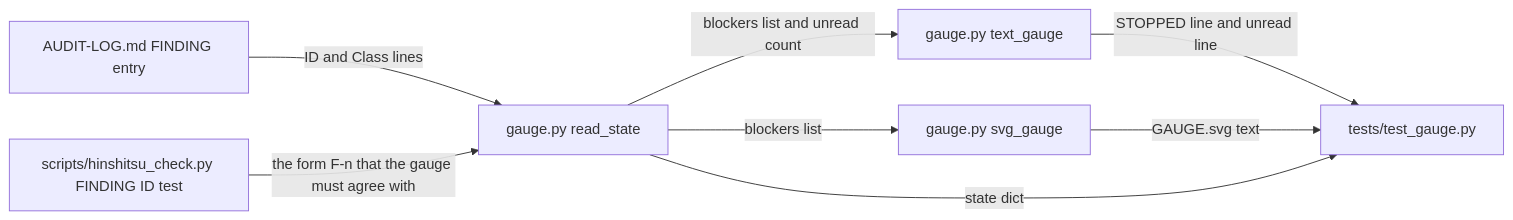
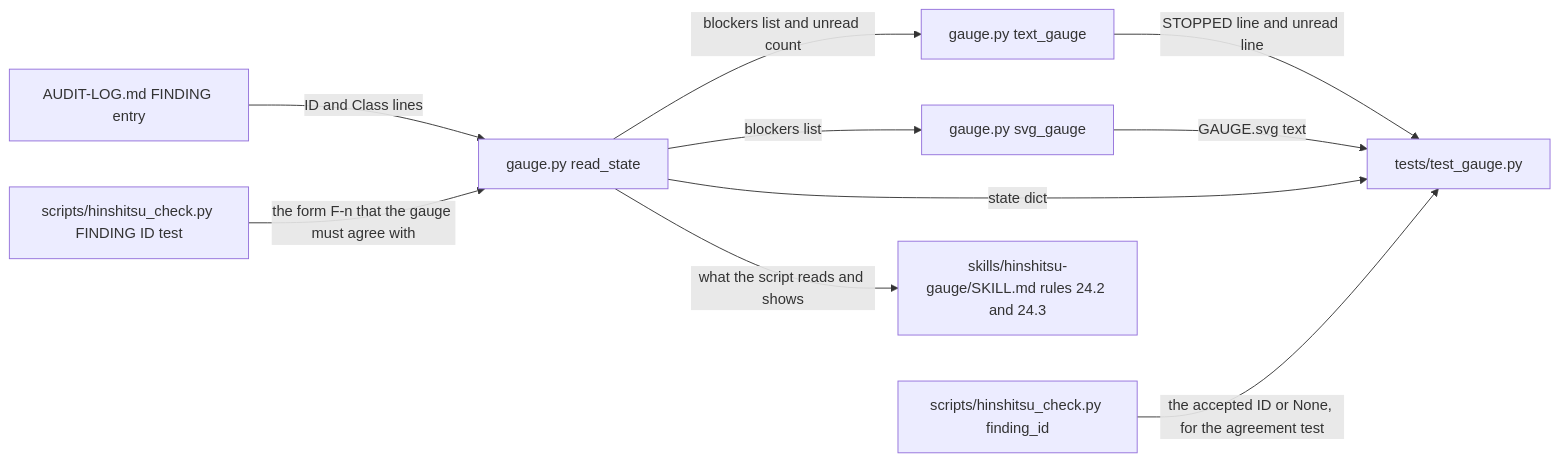
Before and after one commit to CatCorner22/devin: the diagram in runs/3.0.0-finding-id/CONNECTIONS.md, drawn with Mermaid. The commit also changed other lines of this file and 13 other files, not shown here.

````diff
--- a/runs/3.0.0-finding-id/CONNECTIONS.md
+++ b/runs/3.0.0-finding-id/CONNECTIONS.md
@@ -7,10 +7,12 @@
 ```mermaid
 graph LR
   LOG["AUDIT-LOG.md FINDING entry"] -->|ID and Class lines| RS["gauge.py read_state"]
   CHK["scripts/hinshitsu_check.py FINDING ID test"] -->|the form F-n that the gauge must agree with| RS
   RS -->|blockers list and unread count| TG["gauge.py text_gauge"]
   RS -->|blockers list| SG["gauge.py svg_gauge"]
   TG -->|STOPPED line and unread line| T["tests/test_gauge.py"]
   SG -->|GAUGE.svg text| T
   RS -->|state dict| T
+  FID["scripts/hinshitsu_check.py finding_id"] -->|the accepted ID or None, for the agreement test| T
+  RS -->|what the script reads and shows| SK["skills/hinshitsu-gauge/SKILL.md rules 24.2 and 24.3"]
 ```
````
